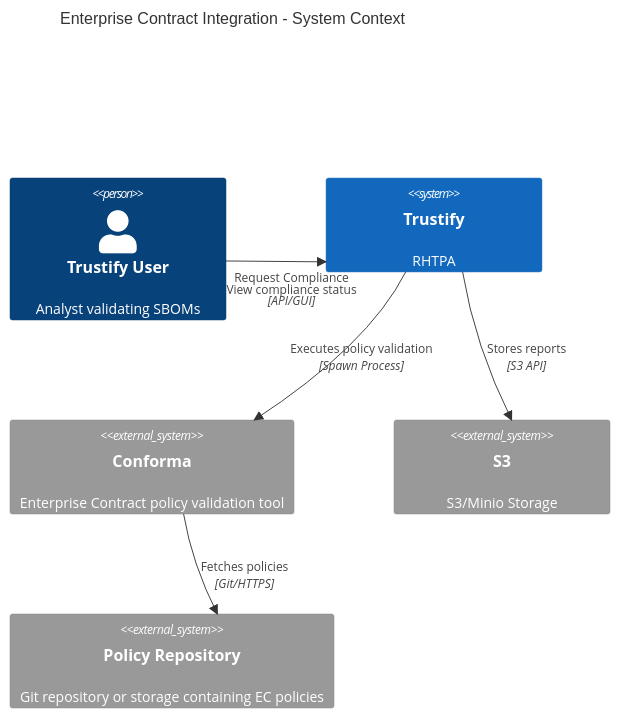
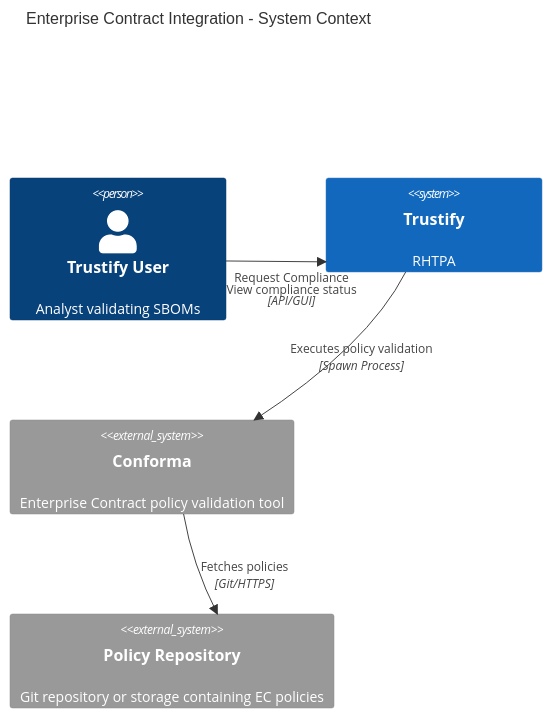
The first of 4 diagrams in docs/adrs/00014-enterprise-contract-integration.md (gildub/trustify), drawn with Mermaid before and after one commit.

Commit message:
Remove S3 from system Architecture

````diff
--- a/docs/adrs/00014-enterprise-contract-integration.md
+++ b/docs/adrs/00014-enterprise-contract-integration.md
@@ -104,22 +104,20 @@
 ```mermaid
 C4Context
     title Enterprise Contract Integration - System Context
 
     Person(user, "Trustify User", "Analyst validating SBOMs")
 
     System(trustify, "Trustify", "RHTPA")
 
     System_Ext(conforma, "Conforma", "Enterprise Contract policy validation tool")
-    System_Ext(s3, "S3", "S3/Minio Storage")
     System_Ext(policyRepo, "Policy Repository", "Git repository or storage containing EC policies")
 
     Rel(user, trustify, "Request Compliance<br/>View compliance status", "API/GUI")
     Rel(trustify, conforma, "Executes policy validation", "Spawn Process")
     Rel(conforma, policyRepo, "Fetches policies", "Git/HTTPS")
-    Rel(trustify, s3, "Stores reports", "S3 API")
 
     UpdateRelStyle(trustify, conforma, $offsetX="-40")
     UpdateRelStyle(user, trustify, $offsetX="-50", $offsetY="20")
 
     UpdateLayoutConfig($c4ShapeInRow="2", $c4BoundaryInRow="1")
 ```
````
